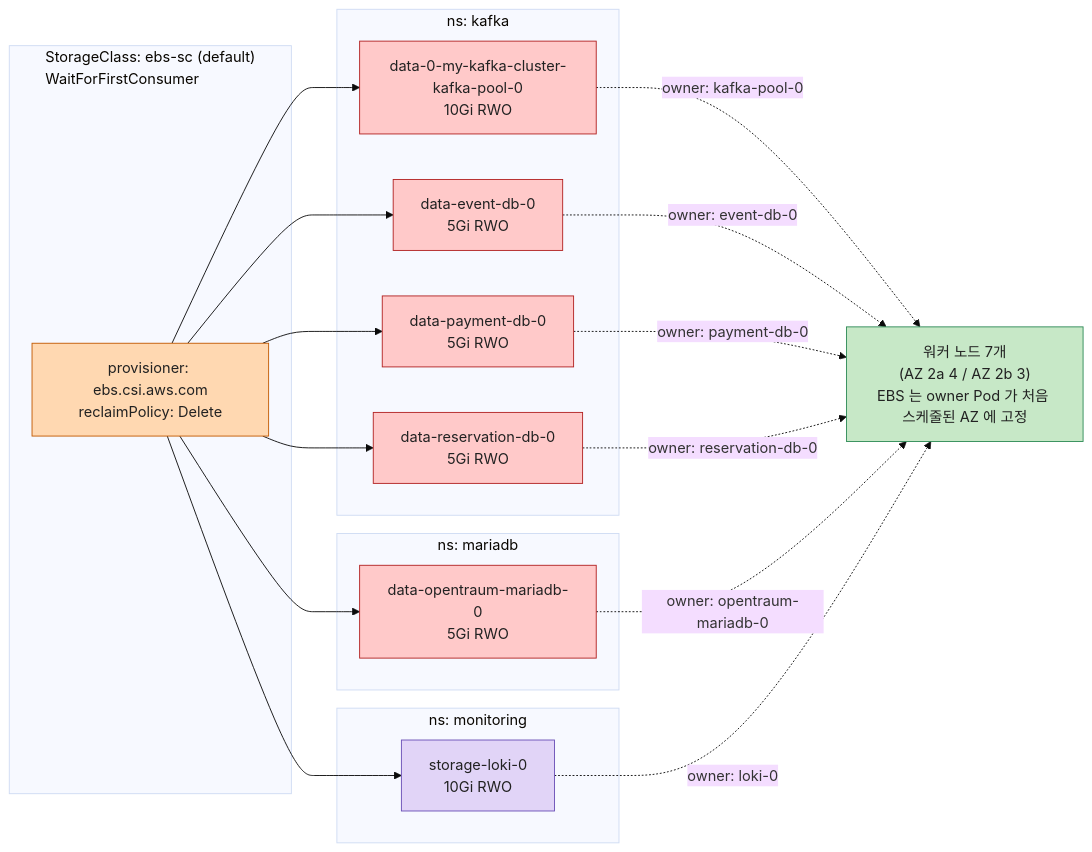
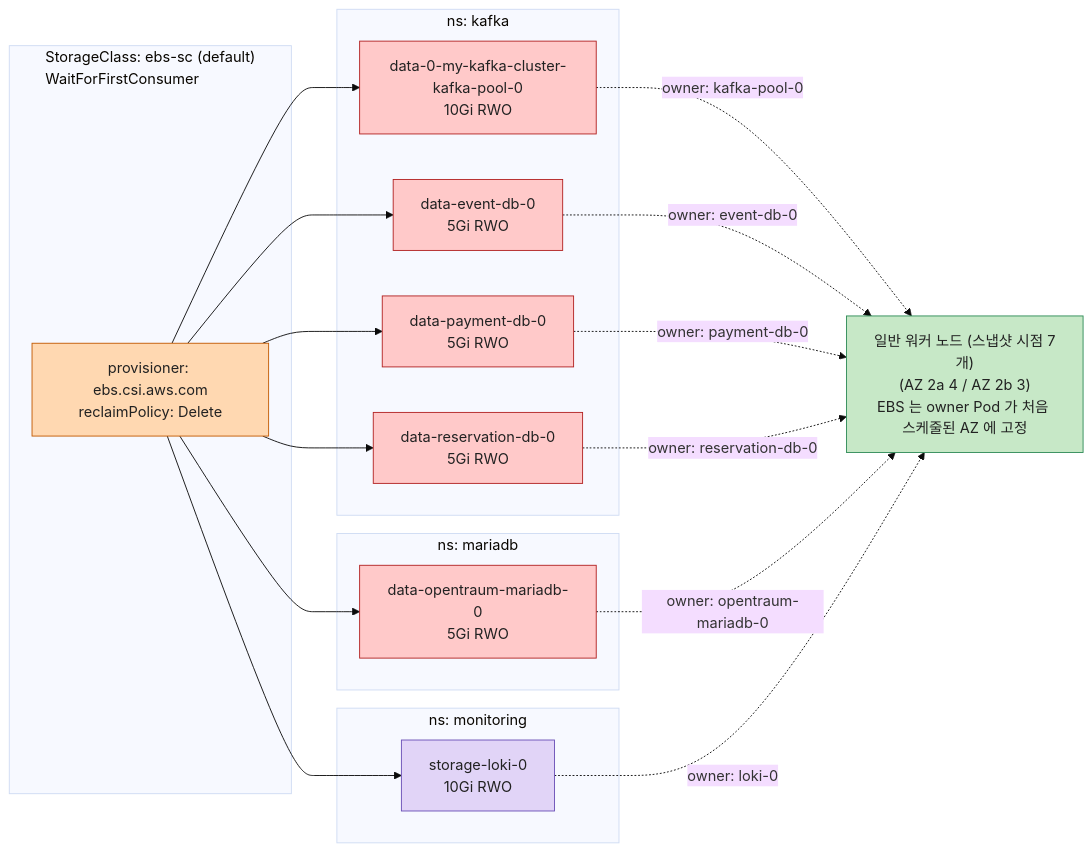
The second of 2 diagrams in docs/OPENTRAUM-INFRA-01-CLUSTER.md (OpenTraum/OpenTraum-Infra), drawn with Mermaid before and after one commit. The commit also changed other lines of this file and 12 other files, not shown here.

````diff
--- a/docs/OPENTRAUM-INFRA-01-CLUSTER.md
+++ b/docs/OPENTRAUM-INFRA-01-CLUSTER.md
@@ -208,41 +210,41 @@
 ```mermaid
 %%{init: {'theme':'base'}}%%
 flowchart LR
   subgraph SC["StorageClass: ebs-sc (default)<br/>WaitForFirstConsumer"]
     SCNODE["provisioner: ebs.csi.aws.com<br/>reclaimPolicy: Delete"]:::sc
   end
 
   subgraph KAFKA["ns: kafka"]
     P1["data-0-my-kafka-cluster-kafka-pool-0<br/>10Gi RWO"]:::data
     P2["data-event-db-0<br/>5Gi RWO"]:::data
     P3["data-payment-db-0<br/>5Gi RWO"]:::data
     P4["data-reservation-db-0<br/>5Gi RWO"]:::data
   end
 
   subgraph MARIA["ns: mariadb"]
     P5["data-opentraum-mariadb-0<br/>5Gi RWO"]:::data
   end
 
   subgraph MON["ns: monitoring"]
     P7["storage-loki-0<br/>10Gi RWO"]:::obs
   end
 
   SCNODE --> P1
   SCNODE --> P2
   SCNODE --> P3
   SCNODE --> P4
   SCNODE --> P5
   SCNODE --> P7
 
-  P1 -. "owner: kafka-pool-0" .-> NODES["워커 노드 7개<br/>(AZ 2a 4 / AZ 2b 3)<br/>EBS 는 owner Pod 가 처음 스케줄된 AZ 에 고정"]:::worker
+  P1 -. "owner: kafka-pool-0" .-> NODES["일반 워커 노드 (스냅샷 시점 7개)<br/>(AZ 2a 4 / AZ 2b 3)<br/>EBS 는 owner Pod 가 처음 스케줄된 AZ 에 고정"]:::worker
   P2 -. "owner: event-db-0" .-> NODES
   P3 -. "owner: payment-db-0" .-> NODES
   P4 -. "owner: reservation-db-0" .-> NODES
   P5 -. "owner: opentraum-mariadb-0" .-> NODES
   P7 -. "owner: loki-0" .-> NODES
 
   classDef sc fill:#FFD8B1,stroke:#C25A00,color:#222
   classDef data fill:#FFC9C9,stroke:#B22222,color:#222
   classDef obs fill:#E1D4F7,stroke:#6A4FB6,color:#222
   classDef worker fill:#C7E8C7,stroke:#2E8B57,color:#222
 ```
````
